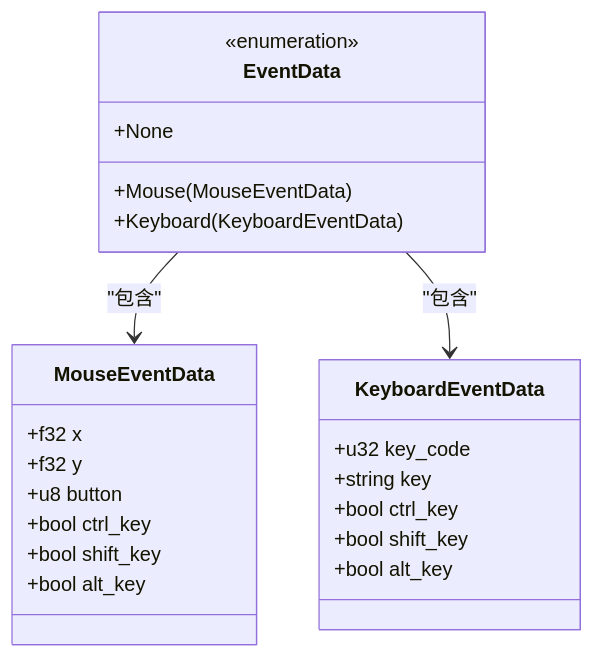
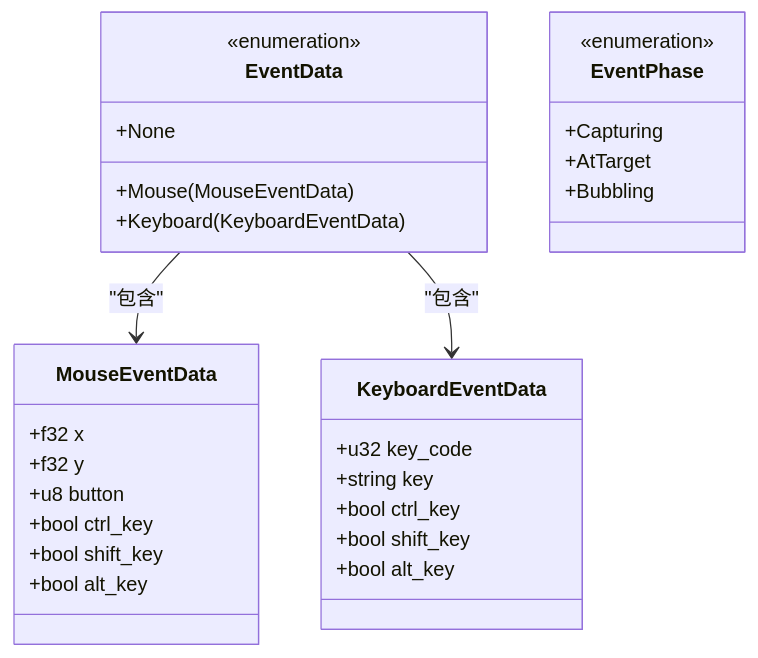
Before and after one commit to itszzl-sudo/iris: the third of 9 diagrams in .qoder/repowiki/zh/content/技术架构详解/跨端抽象层/iris-dom事件系统.md, drawn with Mermaid. The commit also changed other lines of this file and 8 other files, not shown here.

````diff
--- a/.qoder/repowiki/zh/content/技术架构详解/跨端抽象层/iris-dom事件系统.md
+++ b/.qoder/repowiki/zh/content/技术架构详解/跨端抽象层/iris-dom事件系统.md
@@ -109,26 +149,32 @@
 ```mermaid
 classDiagram
 class EventData {
 <<enumeration>>
 +Mouse(MouseEventData)
 +Keyboard(KeyboardEventData)
 +None
 }
 class MouseEventData {
 +f32 x
 +f32 y
 +u8 button
 +bool ctrl_key
 +bool shift_key
 +bool alt_key
 }
 class KeyboardEventData {
 +u32 key_code
 +string key
 +bool ctrl_key
 +bool shift_key
 +bool alt_key
 }
 EventData --> MouseEventData : "包含"
 EventData --> KeyboardEventData : "包含"
+class EventPhase {
+<<enumeration>>
++Capturing
++AtTarget
++Bubbling
+}
 ```
````
